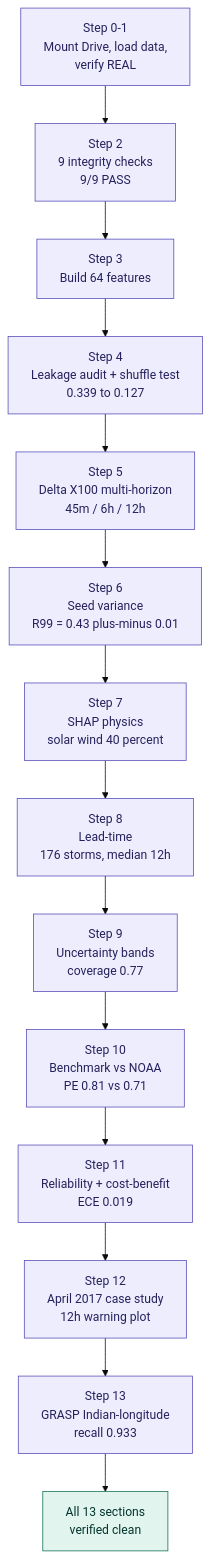
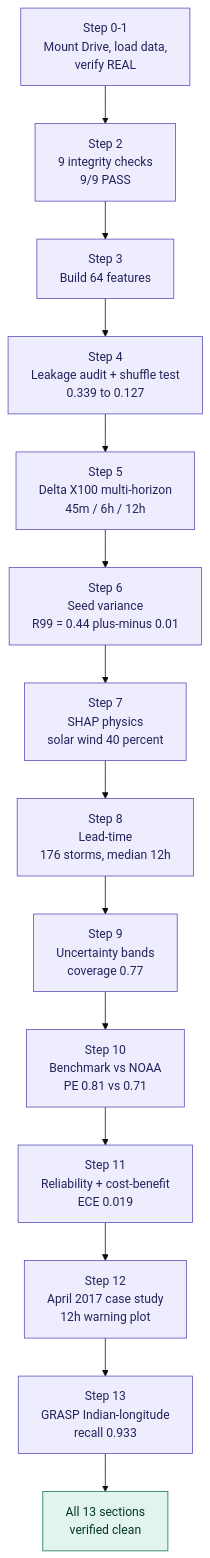
Before and after one commit to SHAURYASANYAL3/GEOshield: the third of 5 diagrams in README.md, drawn with Mermaid (base theme). The commit also changed other lines of this file and 3 other files, not shown here.

````diff
--- a/README.md
+++ b/README.md
@@ -242,20 +241,20 @@
 ```mermaid
 flowchart TB
     S0["Step 0-1<br/>Mount Drive, load data,<br/>verify REAL"] --> S2["Step 2<br/>9 integrity checks<br/>9/9 PASS"]
     S2 --> S3["Step 3<br/>Build 64 features"]
     S3 --> S4["Step 4<br/>Leakage audit + shuffle test<br/>0.339 to 0.127"]
     S4 --> S5["Step 5<br/>Delta X100 multi-horizon<br/>45m / 6h / 12h"]
-    S5 --> S6["Step 6<br/>Seed variance<br/>R99 = 0.43 plus-minus 0.01"]
+    S5 --> S6["Step 6<br/>Seed variance<br/>R99 = 0.44 plus-minus 0.01"]
     S6 --> S7["Step 7<br/>SHAP physics<br/>solar wind 40 percent"]
     S7 --> S8["Step 8<br/>Lead-time<br/>176 storms, median 12h"]
     S8 --> S9["Step 9<br/>Uncertainty bands<br/>coverage 0.77"]
     S9 --> S10["Step 10<br/>Benchmark vs NOAA<br/>PE 0.81 vs 0.71"]
     S10 --> S11["Step 11<br/>Reliability + cost-benefit<br/>ECE 0.019"]
     S11 --> S12["Step 12<br/>April 2017 case study<br/>12h warning plot"]
     S12 --> S13["Step 13<br/>GRASP Indian-longitude<br/>recall 0.933"]
     S13 --> DONE["All 13 sections<br/>verified clean"]
     classDef step fill:#EEEDFE,stroke:#534AB7,color:#26215C
     classDef done fill:#E1F5EE,stroke:#0F6E56,color:#04342C
     class S0,S2,S3,S4,S5,S6,S7,S8,S9,S10,S11,S12,S13 step
     class DONE done
 ```
````
